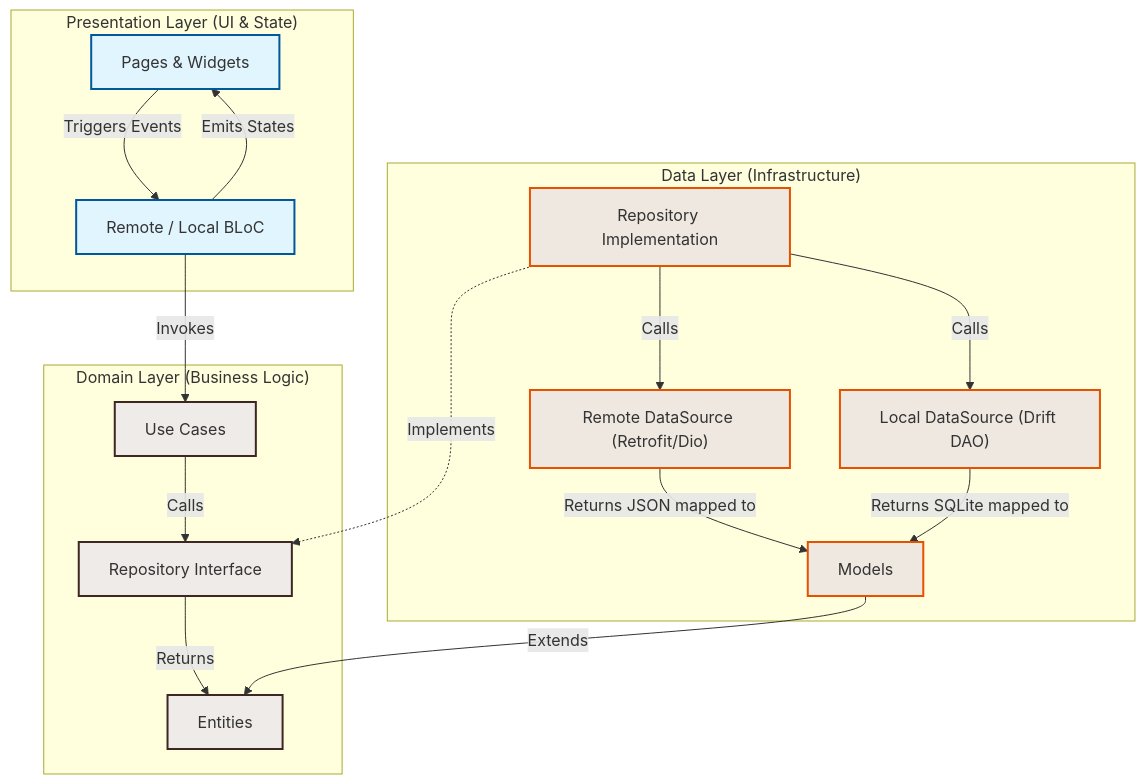
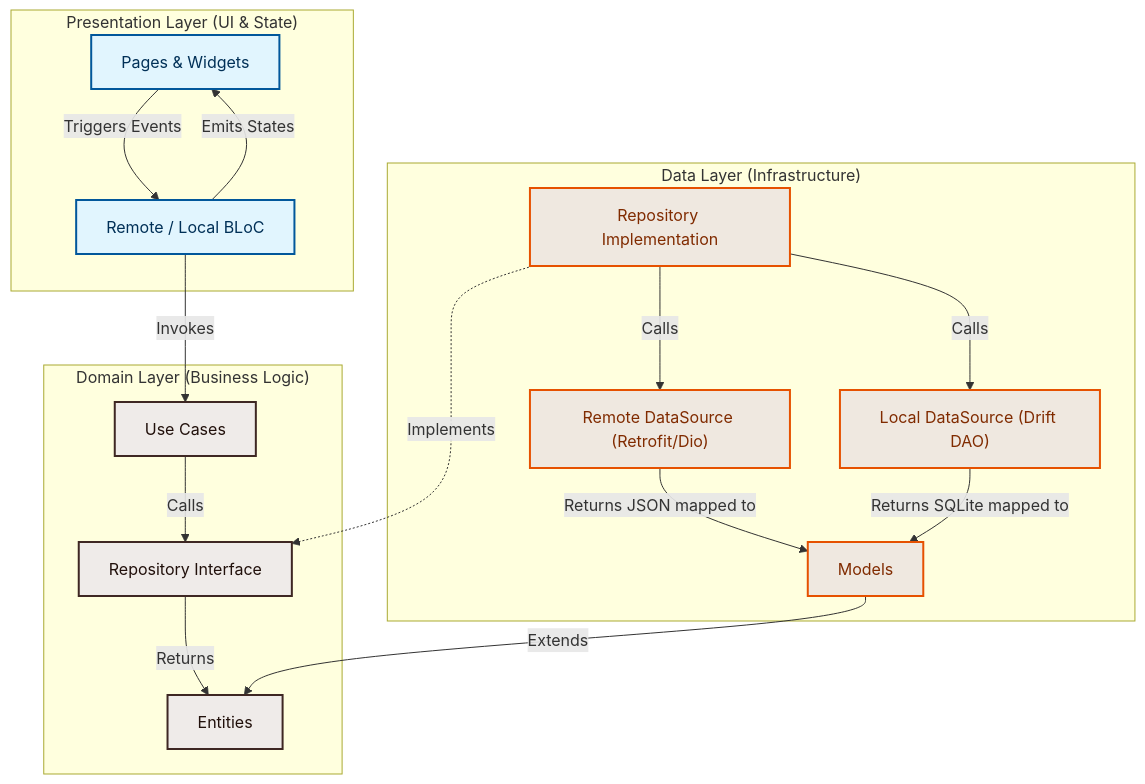
One commit to adichondro/news_app_clean_architecture changed the diagram in README.md. Above: the diagram before and after it, drawn with Mermaid.

Commit message:
docs: improve mermaid diagram text contrast

````diff
--- a/README.md
+++ b/README.md
@@ -61,33 +61,33 @@
 ```mermaid
 graph TD
     %% Define presentation layer
     subgraph Presentation ["Presentation Layer (UI & State)"]
         UI[Pages & Widgets] -->|Triggers Events| BLoC[Remote / Local BLoC]
         BLoC -->|Emits States| UI
     end
 
     %% Define domain layer
     subgraph Domain ["Domain Layer (Business Logic)"]
         BLoC -->|Invokes| UseCase[Use Cases]
         UseCase -->|Calls| RepoInterface[Repository Interface]
         RepoInterface -->|Returns| Entity[Entities]
     end
 
     %% Define data layer
     subgraph Data ["Data Layer (Infrastructure)"]
         RepoImpl[Repository Implementation] -.->|Implements| RepoInterface
         RepoImpl -->|Calls| RemoteDS["Remote DataSource (Retrofit/Dio)"]
         RepoImpl -->|Calls| LocalDS["Local DataSource (Drift DAO)"]
         RemoteDS -->|Returns JSON mapped to| Model[Models]
         LocalDS -->|Returns SQLite mapped to| Model
         Model -->|Extends| Entity
     end
 
-    classDef presentation fill:#e1f5fe,stroke:#01579b,stroke-width:2px;
-    classDef domain fill:#efebe9,stroke:#3e2723,stroke-width:2px;
-    classDef data fill:#efe8e0,stroke:#e65100,stroke-width:2px;
+    classDef presentation fill:#e1f5fe,stroke:#01579b,stroke-width:2px,color:#003057;
+    classDef domain fill:#efebe9,stroke:#3e2723,stroke-width:2px,color:#21100b;
+    classDef data fill:#efe8e0,stroke:#e65100,stroke-width:2px,color:#802b00;
     
     class UI,BLoC presentation;
     class UseCase,RepoInterface,Entity domain;
     class RepoImpl,RemoteDS,LocalDS,Model data;
 ```
````
